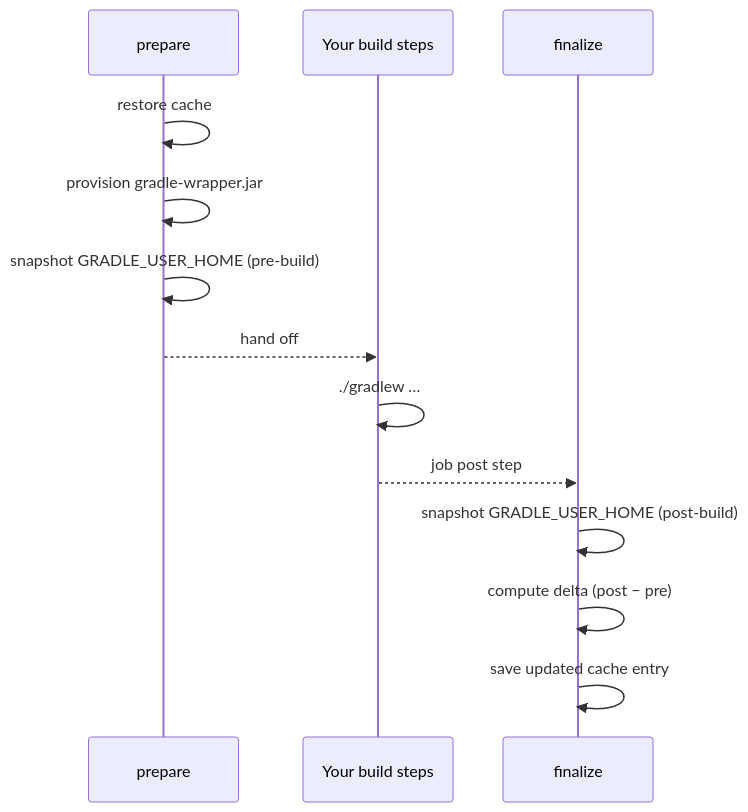
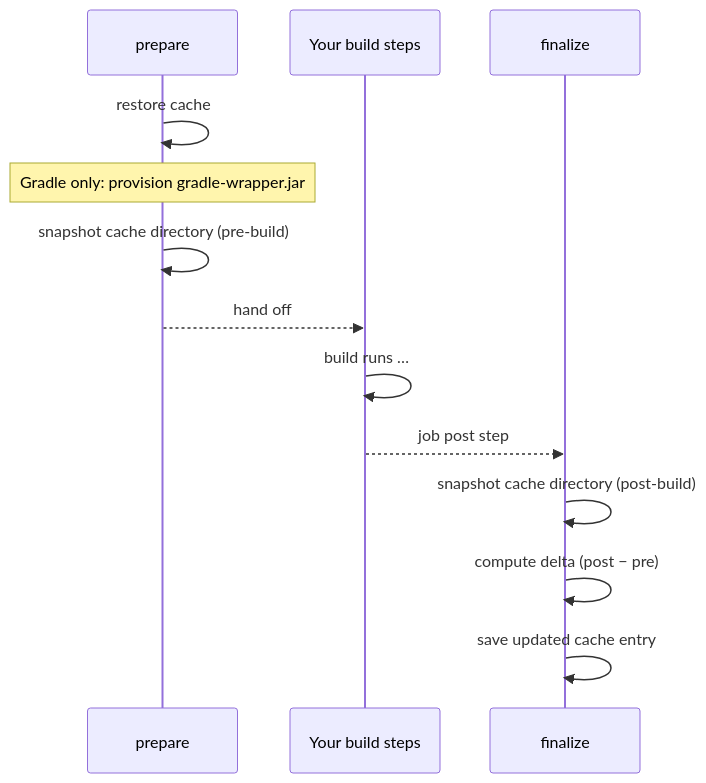
One commit to buildish-tooling/buildish-mammoth-cache changed the diagram in docs/user/getting-started.md. Above: the diagram before and after it, drawn with Mermaid. The commit also changed other lines of this file and 70 other files, not shown here.

````diff
--- a/docs/user/getting-started.md
+++ b/docs/user/getting-started.md
@@ -77,16 +118,16 @@
 ```mermaid
 sequenceDiagram
     participant P as prepare
     participant B as Your build steps
     participant F as finalize
 
     P->>P: restore cache
-    P->>P: provision gradle-wrapper.jar
-    P->>P: snapshot GRADLE_USER_HOME (pre-build)
+    note over P: Gradle only: provision gradle-wrapper.jar
+    P->>P: snapshot cache directory (pre-build)
     P-->>B: hand off
-    B->>B: ./gradlew …
+    B->>B: build runs …
     B-->>F: job post step
-    F->>F: snapshot GRADLE_USER_HOME (post-build)
+    F->>F: snapshot cache directory (post-build)
     F->>F: compute delta (post − pre)
     F->>F: save updated cache entry
 ```
````
